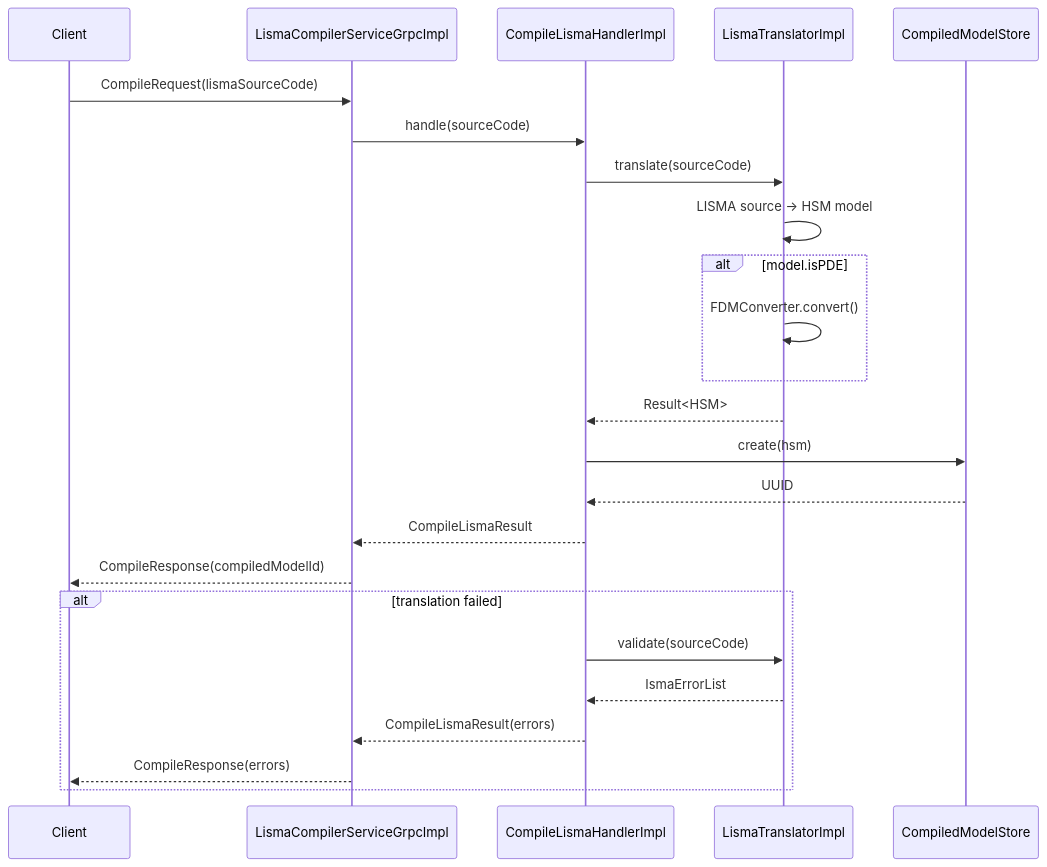
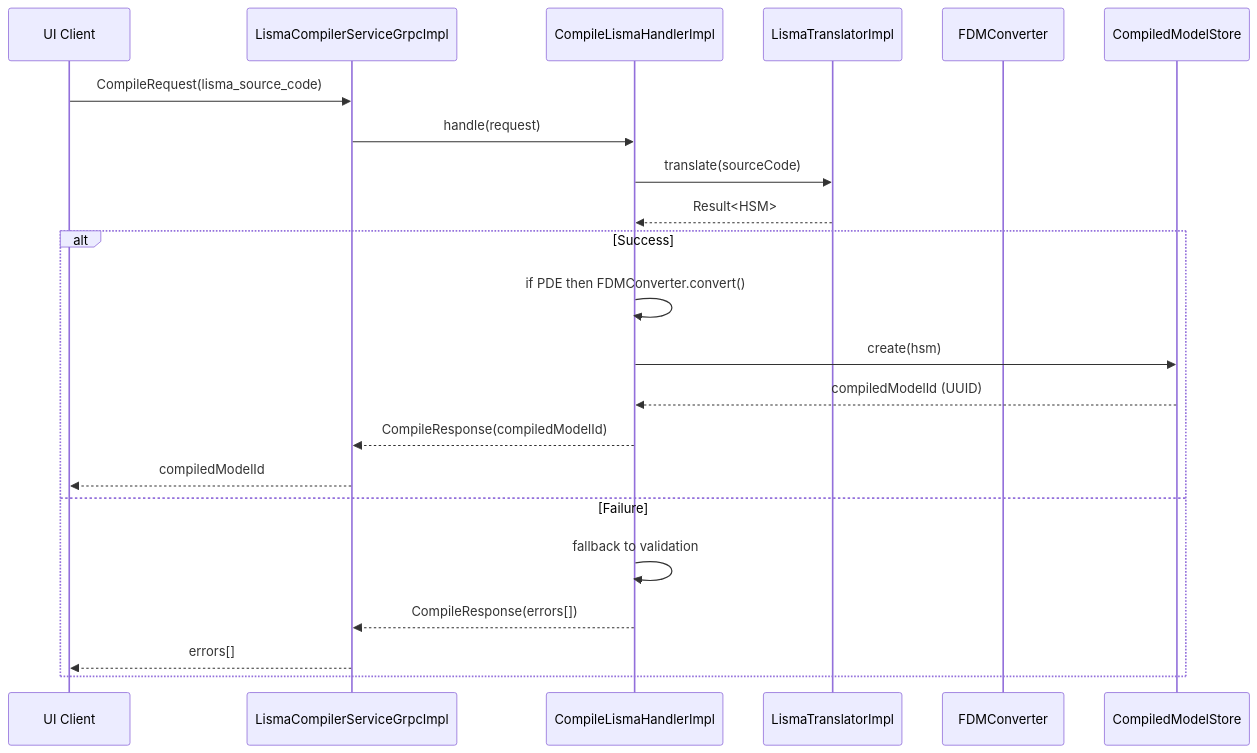
Before and after one commit to SmallBossGames/isma: the fourth of 4 diagrams in docs/isma-server/01-overview.md, drawn with Mermaid. The commit also changed other lines of this file and 26 other files, not shown here.

````diff
--- a/docs/isma-server/01-overview.md
+++ b/docs/isma-server/01-overview.md
@@ -202,28 +169,26 @@
 ```mermaid
 sequenceDiagram
-    participant Client
-    participant CompilerService as LismaCompilerServiceGrpcImpl
-    participant CompileHandler as CompileLismaHandlerImpl
+    participant Client as UI Client
+    participant Grpc as LismaCompilerServiceGrpcImpl
+    participant Handler as CompileLismaHandlerImpl
     participant Translator as LismaTranslatorImpl
-    participant ModelStore as CompiledModelStore
+    participant FDM as FDMConverter
+    participant Store as CompiledModelStore
 
-    Client->>CompilerService: CompileRequest(lismaSourceCode)
-    CompilerService->>CompileHandler: handle(sourceCode)
-    CompileHandler->>Translator: translate(sourceCode)
-    Translator->>Translator: LISMA source → HSM model
-    alt model.isPDE
-        Translator->>Translator: FDMConverter.convert()
-    end
-    Translator-->>CompileHandler: Result<HSM>
-    CompileHandler->>ModelStore: create(hsm)
-    ModelStore-->>CompileHandler: UUID
-    CompileHandler-->>CompilerService: CompileLismaResult
-    CompilerService-->>Client: CompileResponse(compiledModelId)
+    Client->>Grpc: CompileRequest(lisma_source_code)
+    Grpc->>Handler: handle(request)
+    Handler->>Translator: translate(sourceCode)
+    Translator-->>Handler: Result<HSM>
 
-    alt translation failed
-        CompileHandler->>Translator: validate(sourceCode)
-        Translator-->>CompileHandler: IsmaErrorList
-        CompileHandler-->>CompilerService: CompileLismaResult(errors)
-        CompilerService-->>Client: CompileResponse(errors)
+    alt Success
+        Handler->>Handler: if PDE then FDMConverter.convert()
+        Handler->>Store: create(hsm)
+        Store-->>Handler: compiledModelId (UUID)
+        Handler-->>Grpc: CompileResponse(compiledModelId)
+        Grpc-->>Client: compiledModelId
+    else Failure
+        Handler->>Handler: fallback to validation
+        Handler-->>Grpc: CompileResponse(errors[])
+        Grpc-->>Client: errors[]
     end
 ```
````
